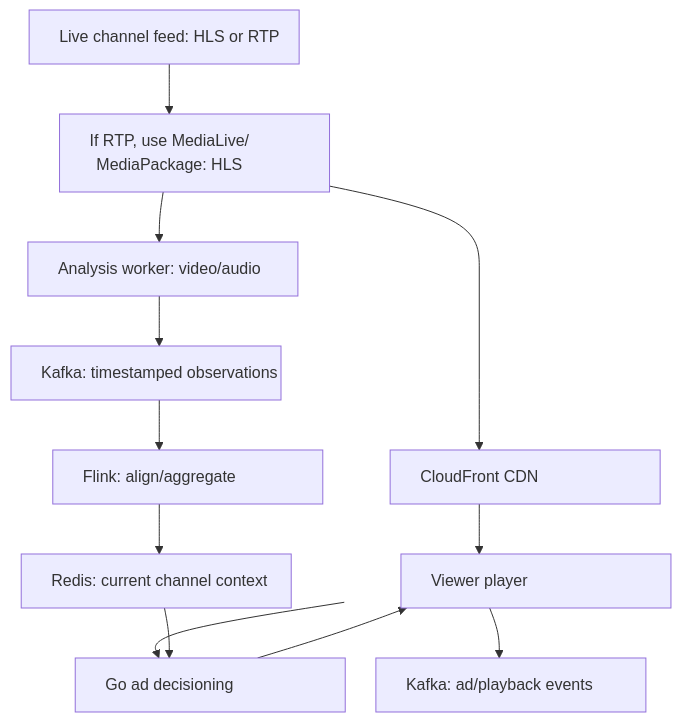
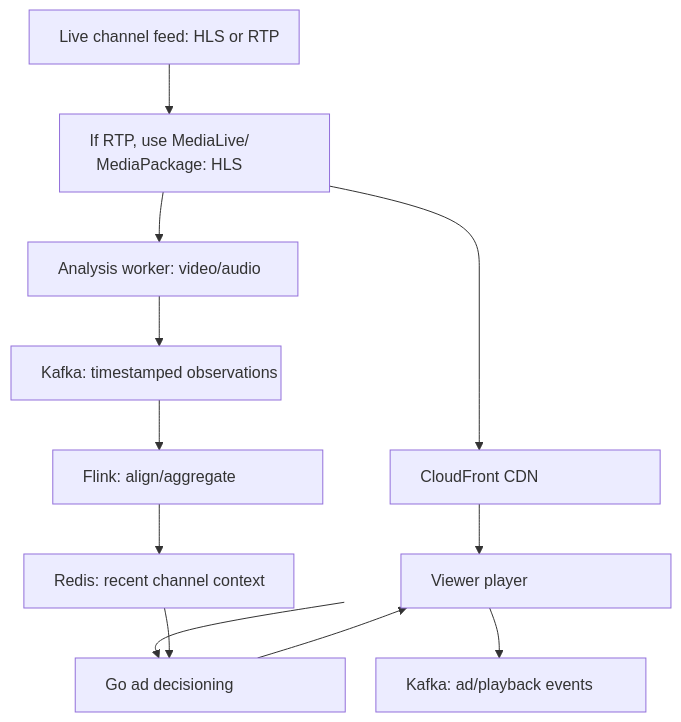
Before and after one commit to rayning0/scenebid: the third of 3 diagrams in README.md, drawn with Mermaid. The commit also changed other lines of this file and 1 other file, not shown here.

````diff
--- a/README.md
+++ b/README.md
@@ -384,17 +375,17 @@
 ```mermaid
 %%{init: {"flowchart": {"wrappingWidth": 270}}}%%
 flowchart TD
     classDef wide width:270px;
     L["Live channel feed: HLS or RTP"] --> M["If RTP, use MediaLive/<br>MediaPackage: HLS"]
     M --> N["CloudFront CDN"]
     M --> X["Analysis worker: video/audio"]
     X --> K["Kafka: timestamped observations"]
     K --> F["Flink: align/aggregate"]
-    F --> R["Redis: current channel context"]
+    F --> R["Redis: recent channel context"]
     N --> P["Viewer player"]
     P --> A["Go ad decisioning"]
     R --> A
     A --> P
     P --> E["Kafka: ad/playback events"]
     class L,M,N,X,K,F,R,P,A,E wide
 ```
````
